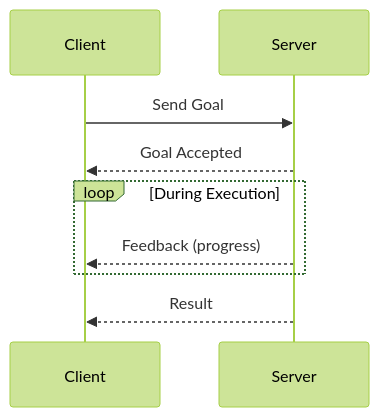
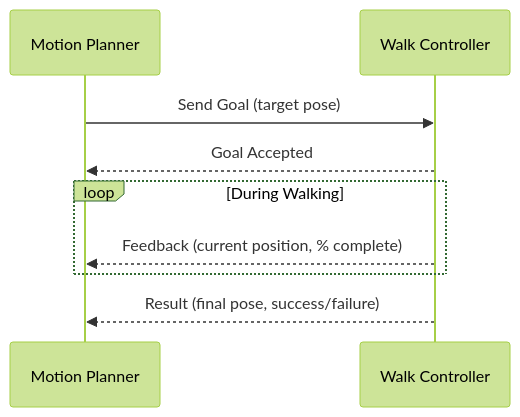
Before and after one commit to Irshadulhaqai/Physical-AI-Humanoid-Robotics-Textbook: the second of 3 diagrams in my-website/docs/module-1/core-concepts.md, drawn with Mermaid (forest theme). The commit also changed other lines of this file and 24 other files, not shown here.

````diff
--- a/my-website/docs/module-1/core-concepts.md
+++ b/my-website/docs/module-1/core-concepts.md
@@ -278,11 +340,11 @@
 ```mermaid
 sequenceDiagram
-    participant Client
-    participant Server
-    Client->>Server: Send Goal
+    participant Client as Motion Planner
+    participant Server as Walk Controller
+    Client->>Server: Send Goal (target pose)
     Server-->>Client: Goal Accepted
-    loop During Execution
-        Server-->>Client: Feedback (progress)
+    loop During Walking
+        Server-->>Client: Feedback (current position, % complete)
     end
-    Server-->>Client: Result
+    Server-->>Client: Result (final pose, success/failure)
 ```
````
